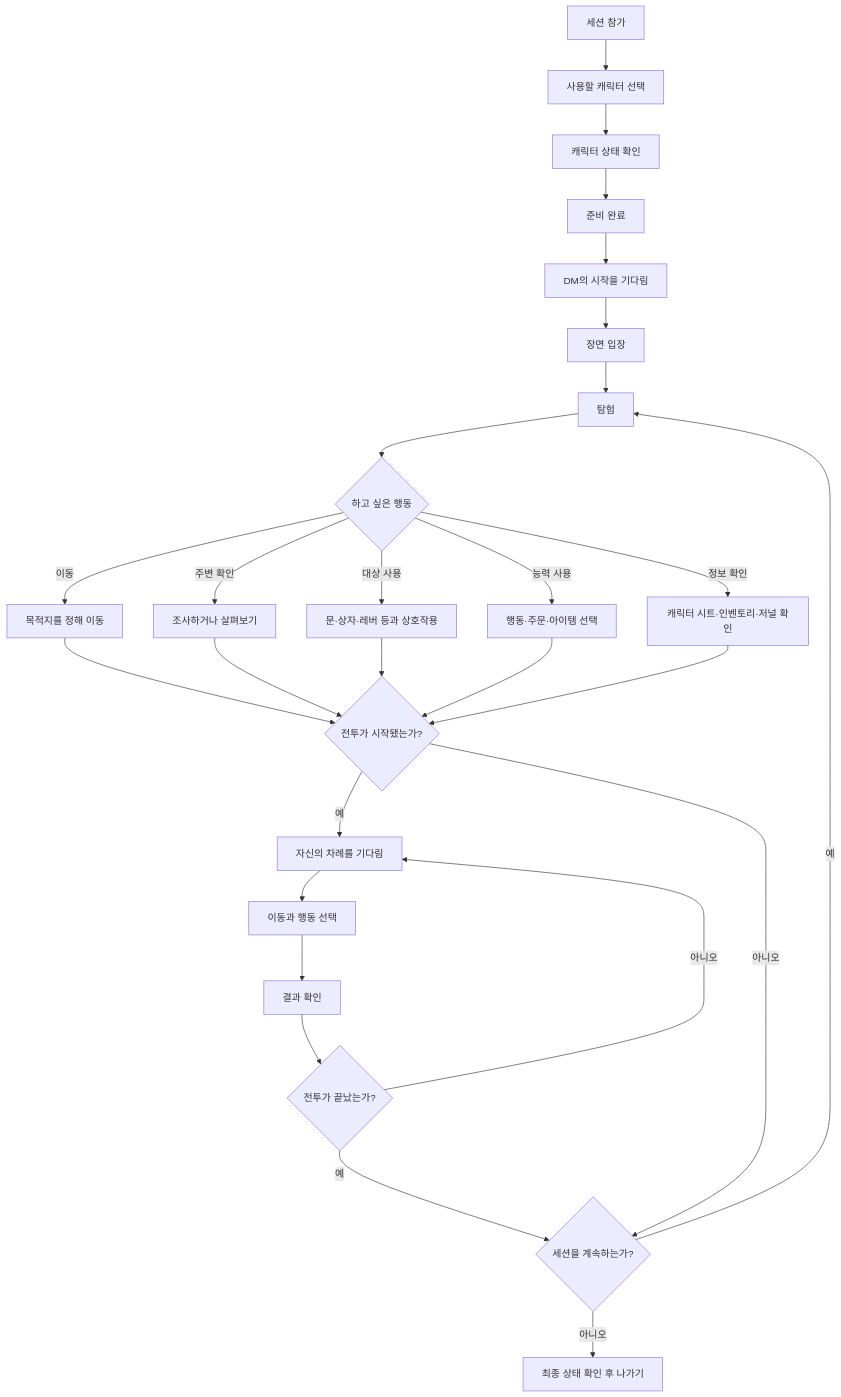
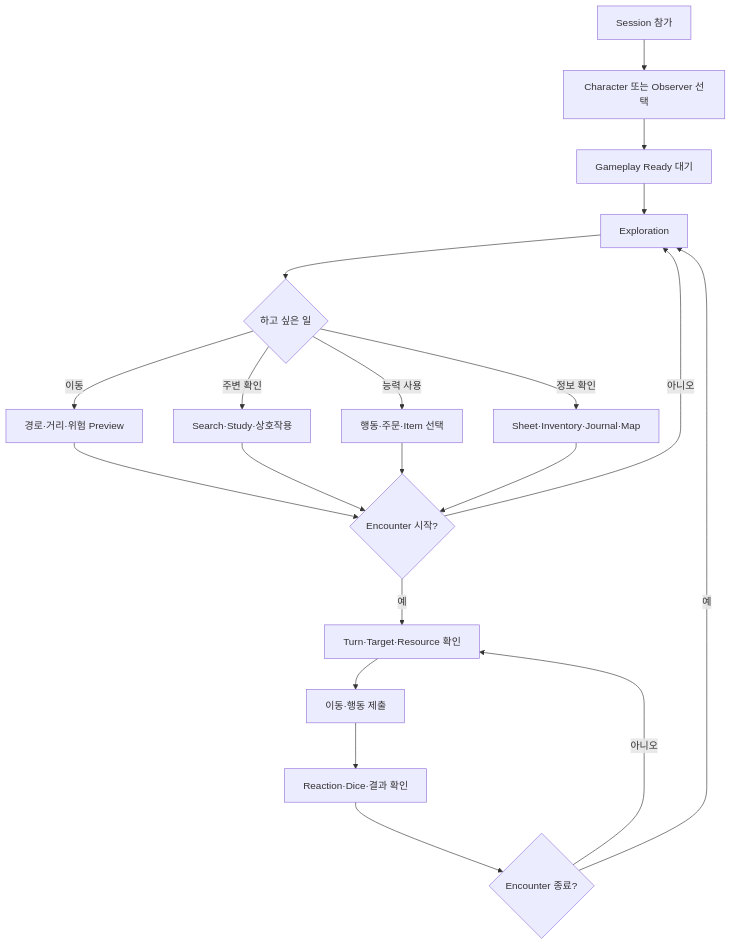
Before and after one commit to Kaetaeru/RVTT: the second of 7 diagrams in docs/remake/user-guides/QUICK-FLOW.md, drawn with Mermaid. The commit also changed other lines of this file, not shown here.

Commit message:
docs: link session flow to HTML UI examples

````diff
--- a/docs/remake/user-guides/QUICK-FLOW.md
+++ b/docs/remake/user-guides/QUICK-FLOW.md
@@ -69,33 +110,22 @@
 ```mermaid
 flowchart TD
-    A[세션 참가] --> B[사용할 캐릭터 선택]
-    B --> C[캐릭터 상태 확인]
-    C --> D[준비 완료]
-    D --> E[DM의 시작을 기다림]
-    E --> F[장면 입장]
-    F --> G[탐험]
-
-    G --> H{하고 싶은 행동}
-    H -->|이동| I[목적지를 정해 이동]
-    H -->|주변 확인| J[조사하거나 살펴보기]
-    H -->|대상 사용| K[문·상자·레버 등과 상호작용]
-    H -->|능력 사용| L[행동·주문·아이템 선택]
-    H -->|정보 확인| M[캐릭터 시트·인벤토리·저널 확인]
-
-    I --> N{전투가 시작됐는가?}
-    J --> N
-    K --> N
-    L --> N
-    M --> N
-
-    N -->|예| O[자신의 차례를 기다림]
-    O --> P[이동과 행동 선택]
-    P --> Q[결과 확인]
-    Q --> R{전투가 끝났는가?}
-    R -->|아니오| O
-    R -->|예| S{세션을 계속하는가?}
-
-    N -->|아니오| S
-    S -->|예| G
-    S -->|아니오| T[최종 상태 확인 후 나가기]
+    A[Session 참가] --> B[Character 또는 Observer 선택]
+    B --> C[Gameplay Ready 대기]
+    C --> D[Exploration]
+    D --> E{하고 싶은 일}
+    E -->|이동| F[경로·거리·위험 Preview]
+    E -->|주변 확인| G[Search·Study·상호작용]
+    E -->|능력 사용| H[행동·주문·Item 선택]
+    E -->|정보 확인| I[Sheet·Inventory·Journal·Map]
+    F --> J{Encounter 시작?}
+    G --> J
+    H --> J
+    I --> J
+    J -->|아니오| D
+    J -->|예| K[Turn·Target·Resource 확인]
+    K --> L[이동·행동 제출]
+    L --> M[Reaction·Dice·결과 확인]
+    M --> N{Encounter 종료?}
+    N -->|아니오| K
+    N -->|예| D
 ```
````
